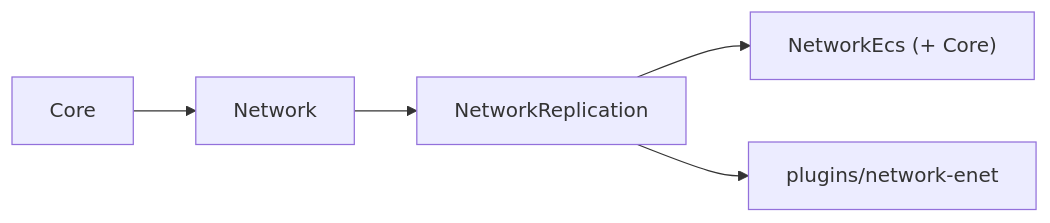
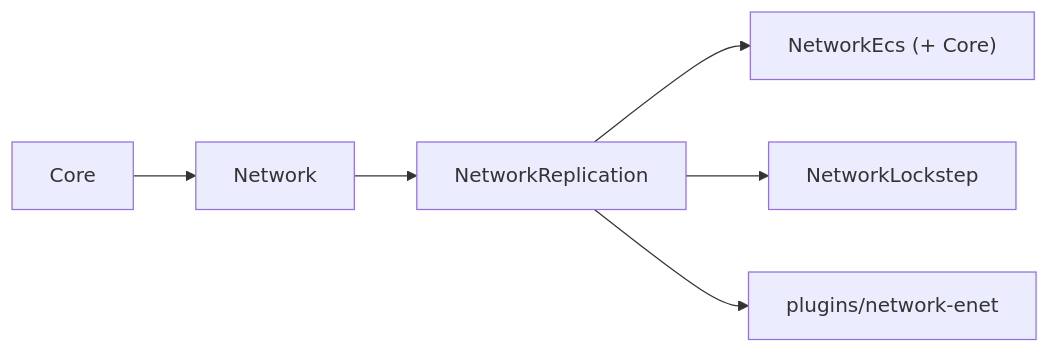
One commit to bluesky013/SkyEngine changed the diagram in docs/modules/network.md. Above: the diagram before and after it, drawn with Mermaid. The commit also changed other lines of this file and 39 other files, not shown here.

First line of the commit message:
feat: deterministic lockstep layer, archive network replication and lockstep

````diff
--- a/docs/modules/network.md
+++ b/docs/modules/network.md
@@ -22,7 +23,8 @@
 ```mermaid
 graph LR
     Core["Core"] --> Network["Network"]
     Network --> NetworkReplication["NetworkReplication"]
     NetworkReplication --> NetworkEcs["NetworkEcs (+ Core)"]
+    NetworkReplication --> NetworkLockstep["NetworkLockstep"]
     NetworkReplication --> Backend["plugins/network-enet"]
 ```
````
